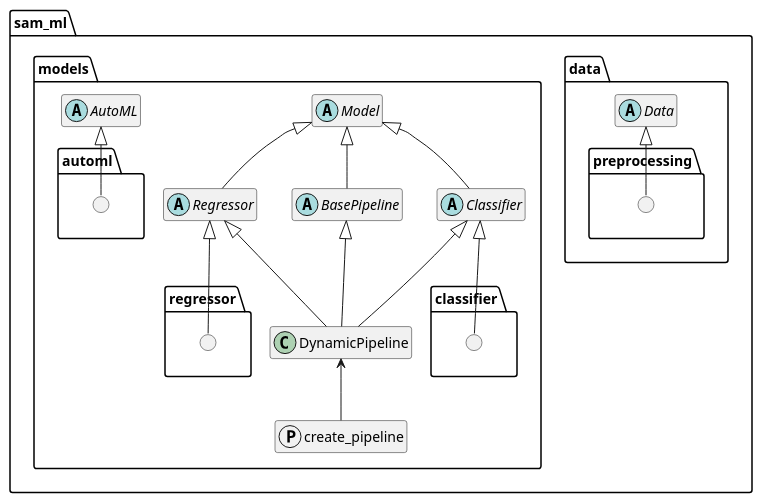
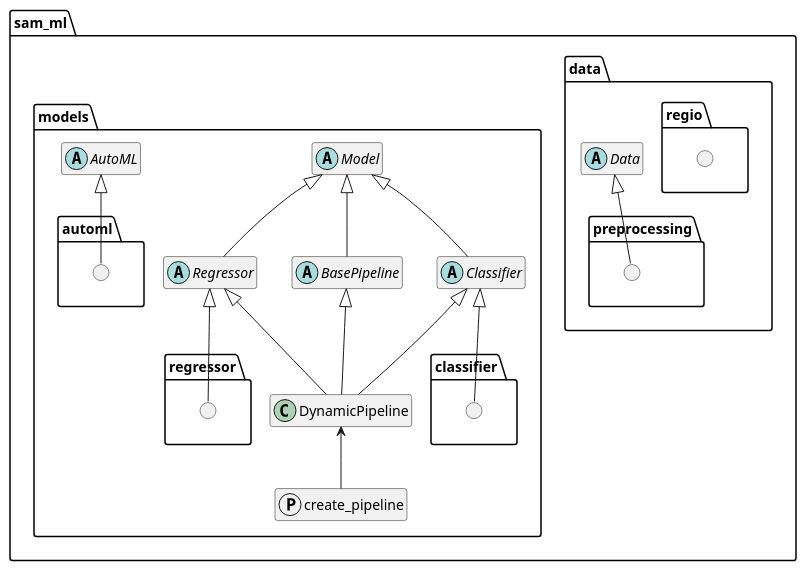
One commit to Priapos1004/SAM_ML changed the diagram in docs/package_graph.rst. Above: the diagram before and after it, drawn with PlantUML. The commit also changed other lines of this file and 9 other files, not shown here.

```diff
--- a/docs/package_graph.rst
+++ b/docs/package_graph.rst
@@ -4,49 +4,52 @@
 .. uml::
 
     @startuml
     skinparam classAttributeIconSize 0
     hide empty members
 
     package "sam_ml" {
 
         package "sam_ml.data" {
             abstract class Data
             package "sam_ml.data.preprocessing" {
                 circle " "
+            }
+            package "sam_ml.data.regio" {
+                circle "     "
             }
         }
 
         package "sam_ml.models" {
             abstract class Model
             abstract class Classifier
             abstract class Regressor
             abstract class BasePipeline
             protocol create_pipeline
             class DynamicPipeline
             package "sam_ml.models.classifier" {
                 circle "  "
             }
             package "sam_ml.models.regressor" {
                 circle "   "
             }
 
             abstract class AutoML
             package "sam_ml.models.automl" {
                 circle "    "
             }
         }
     }
 
     AutoML <|-- "    "
     Data <|-- " "
     Model <|-- Classifier
     Model <|-- Regressor
     Model <|-- BasePipeline
     Classifier <|-- "  "
     Classifier <|-- DynamicPipeline
     Regressor <|-- DynamicPipeline
     Regressor <|-- "   "
     DynamicPipeline <-- create_pipeline
     BasePipeline <|-- DynamicPipeline
 
     @enduml
```
